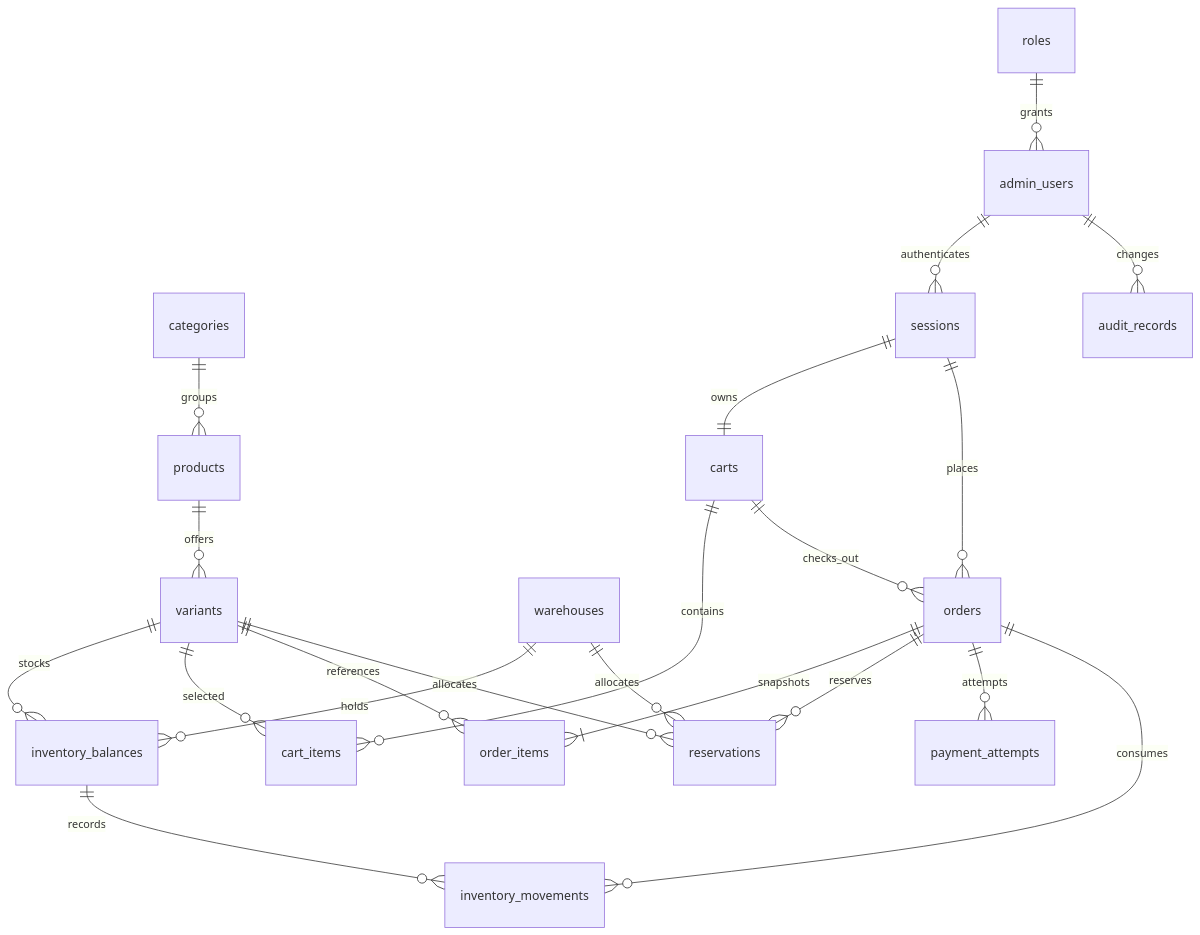
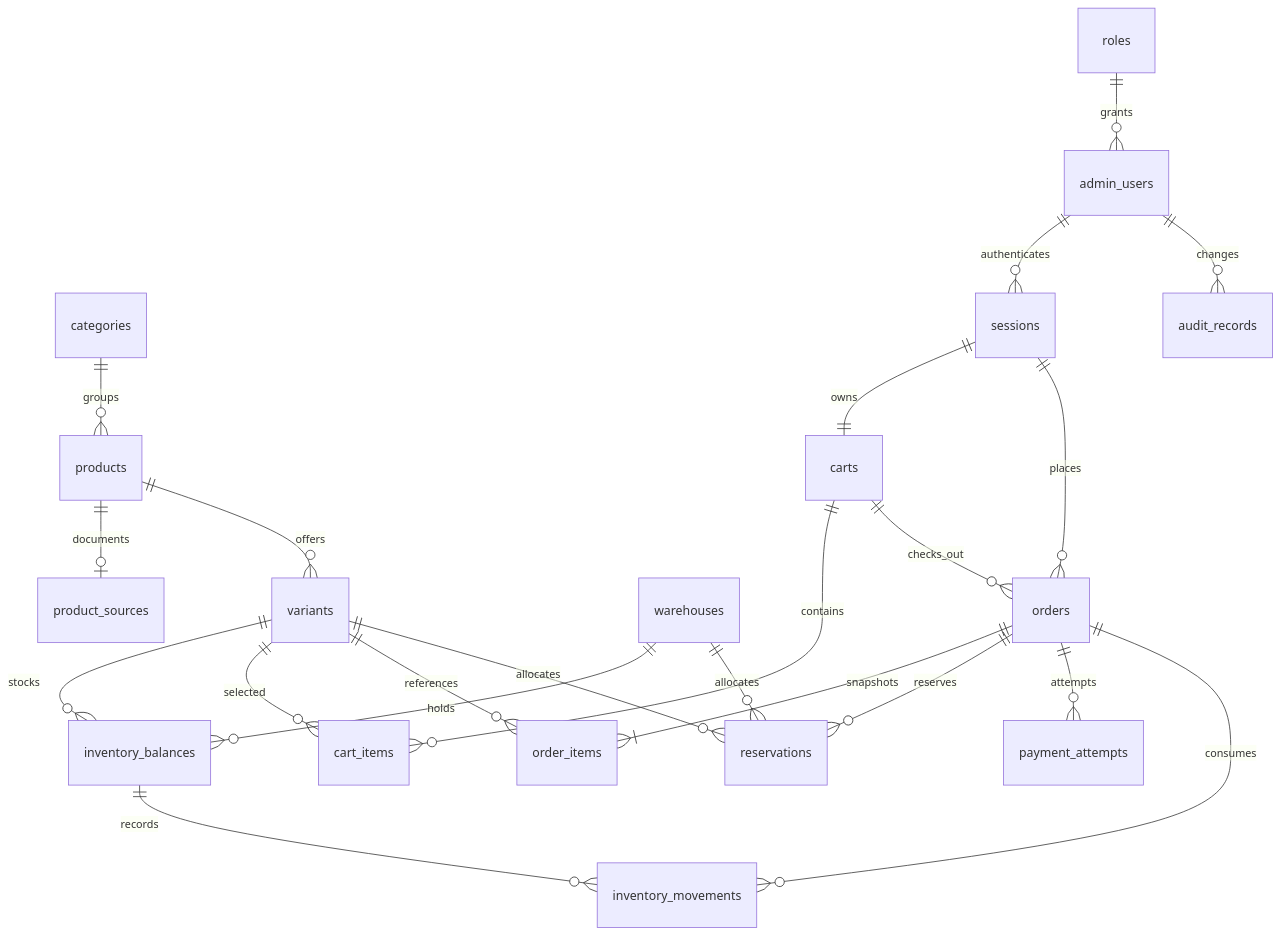
Before and after one commit to ArashPoorazam/Behnosh: the diagram in docs/data-model.md, drawn with Mermaid. The commit also changed other lines of this file and 125 other files, not shown here.

````diff
--- a/docs/data-model.md
+++ b/docs/data-model.md
@@ -3,23 +3,24 @@
 ```mermaid
 erDiagram
  categories ||--o{ products : groups
+ products ||--o| product_sources : documents
  products ||--o{ variants : offers
  variants ||--o{ inventory_balances : stocks
  warehouses ||--o{ inventory_balances : holds
  inventory_balances ||--o{ inventory_movements : records
  sessions ||--|| carts : owns
  carts ||--o{ cart_items : contains
  variants ||--o{ cart_items : selected
  sessions ||--o{ orders : places
  carts ||--o{ orders : checks_out
  orders ||--|{ order_items : snapshots
  variants ||--o{ order_items : references
  orders ||--o{ reservations : reserves
  warehouses ||--o{ reservations : allocates
  variants ||--o{ reservations : allocates
  orders ||--o{ payment_attempts : attempts
  orders ||--o{ inventory_movements : consumes
  roles ||--o{ admin_users : grants
  admin_users ||--o{ sessions : authenticates
  admin_users ||--o{ audit_records : changes
 ```
````
